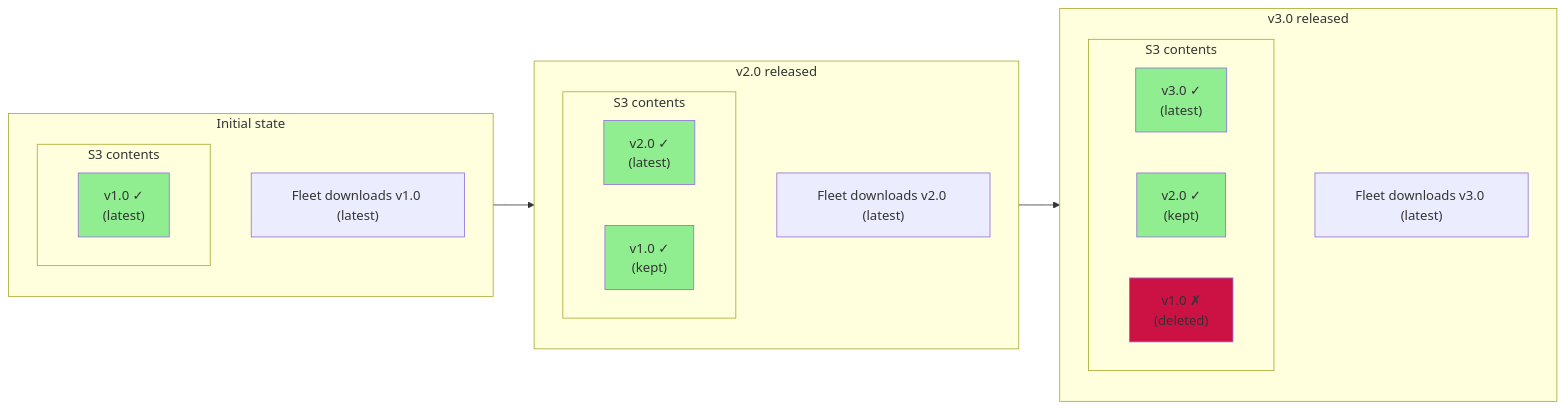
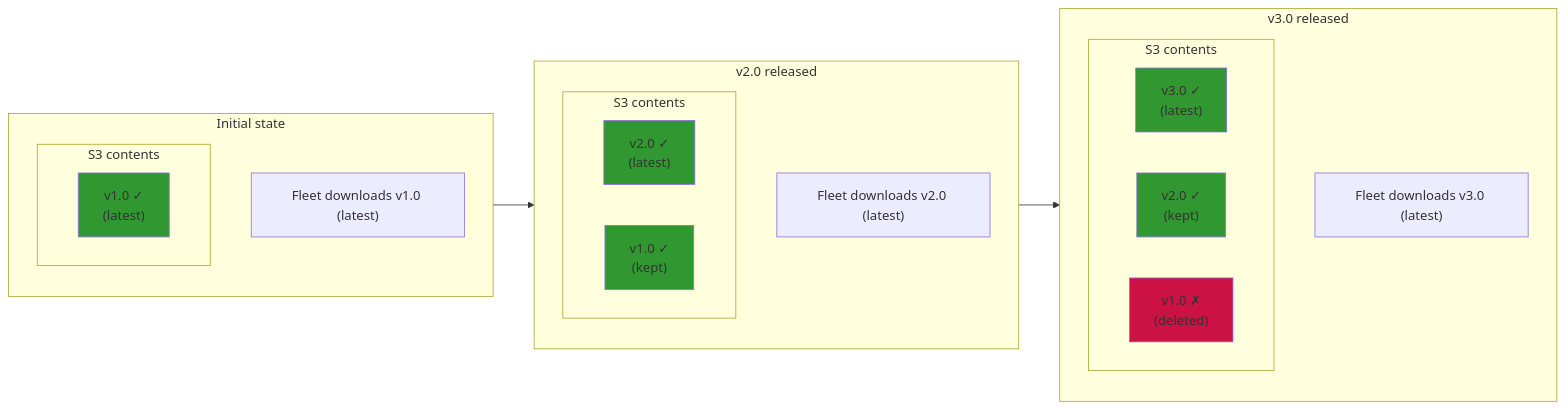
One commit to fleetdm/fleet changed the first of 4 diagrams in docs/Contributing/product-groups/software/rollback-fleet-maintained-app-version.md. Above: the diagram before and after it, drawn with Mermaid. The commit also changed other lines of this file, not shown here.

Commit message:
update colors

````diff
--- a/docs/Contributing/product-groups/software/rollback-fleet-maintained-app-version.md
+++ b/docs/Contributing/product-groups/software/rollback-fleet-maintained-app-version.md
@@ -21,38 +21,38 @@
 ```mermaid
 flowchart LR
     subgraph T1["Initial state"]
         direction TB
         S1_title["Fleet downloads v1.0 (latest)"]
         subgraph S1["S3 contents"]
             S1_v1["v1.0 ✓<br/>(latest)"]
         end
     end
 
     subgraph T2["v2.0 released"]
         direction TB
         S2_title["Fleet downloads v2.0 (latest)"]
         subgraph S2["S3 contents"]
             S2_v2["v2.0 ✓<br/>(latest)"]
             S2_v1["v1.0 ✓<br/>(kept)"]
         end
     end
 
     subgraph T3["v3.0 released"]
         direction TB
         S3_title["Fleet downloads v3.0 (latest)"]
         subgraph S3["S3 contents"]
             S3_v3["v3.0 ✓<br/>(latest)"]
             S3_v2["v2.0 ✓<br/>(kept)"]
             S3_v1["v1.0 ✗<br/>(deleted)"]
         end
     end
 
     T1 --> T2 --> T3
 
-    style S1_v1 fill:#90EE90
-    style S2_v2 fill:#90EE90
-    style S2_v1 fill:#90EE90
-    style S3_v3 fill:#90EE90
-    style S3_v2 fill:#90EE90
+    style S1_v1 fill:#319831
+    style S2_v2 fill:#319831
+    style S2_v1 fill:#319831
+    style S3_v3 fill:#319831
+    style S3_v2 fill:#319831
     style S3_v1 fill:#CC1144
 ```
````
